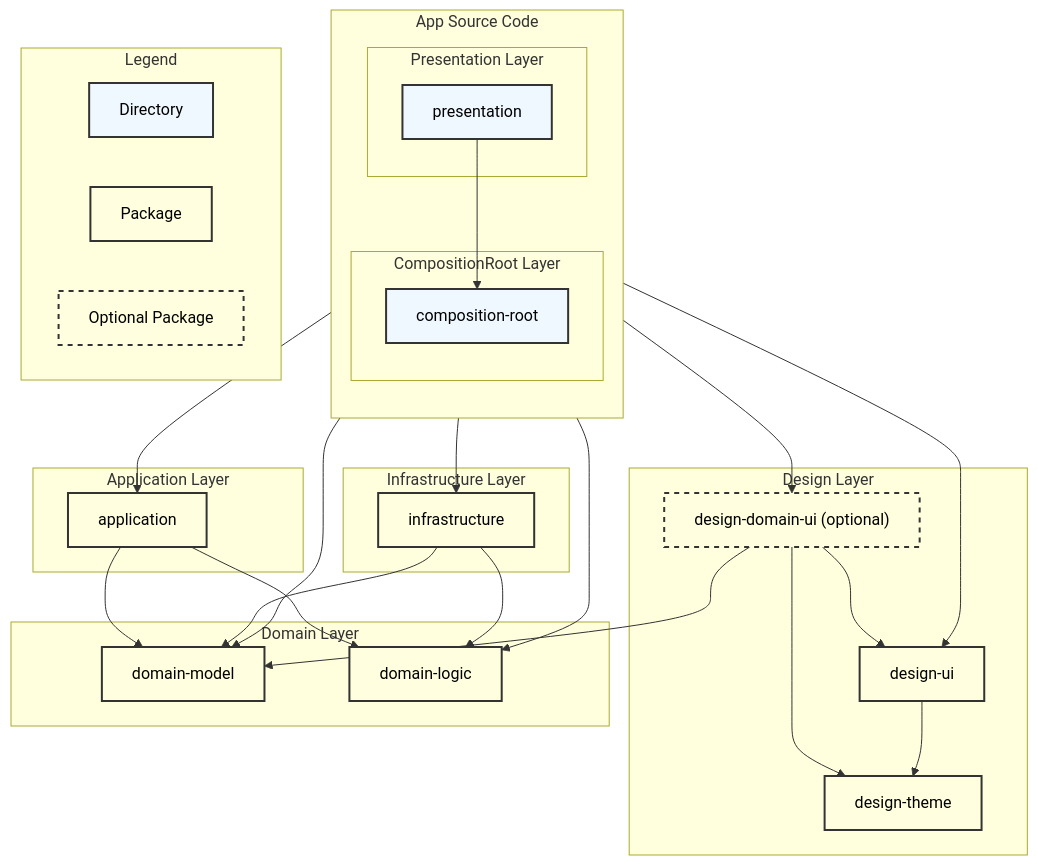
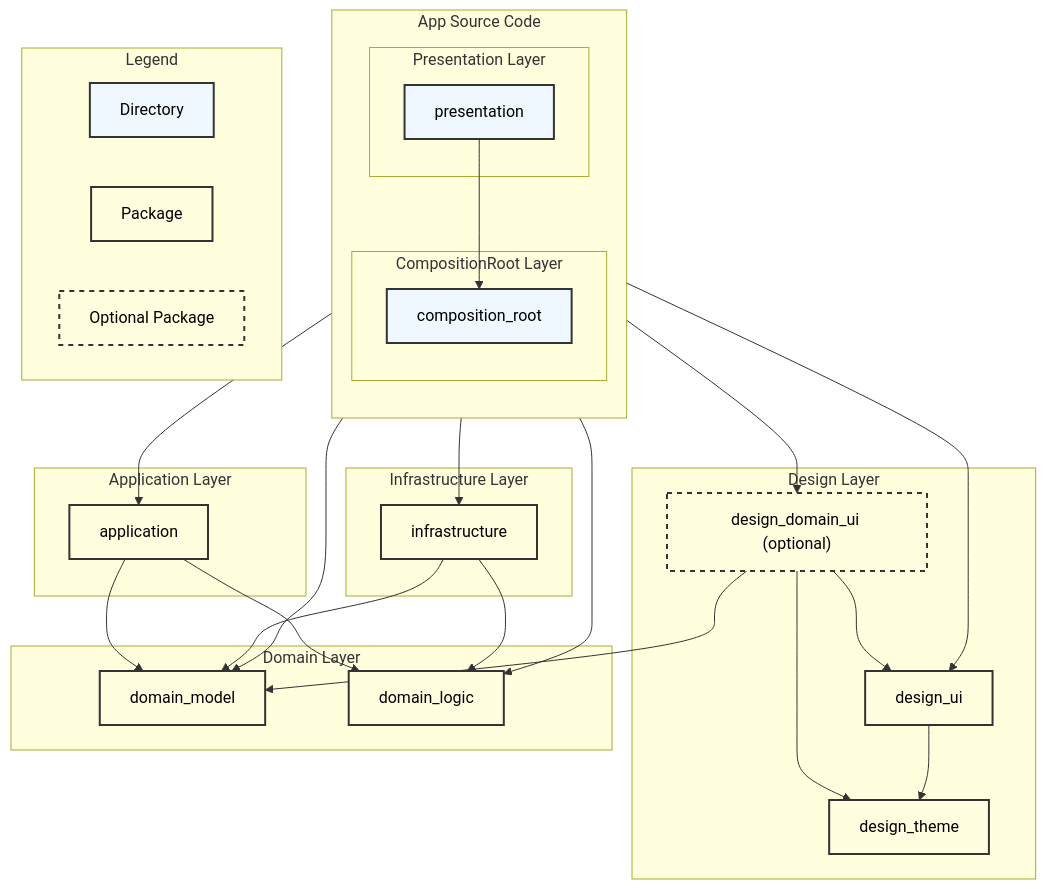
Before and after one commit to yumemi-inc/flutter-mobile-project-template: the diagram in docs/ARCHITECTURE.md, drawn with Mermaid. The commit also changed other lines of this file, not shown here.

Commit message:
fix: ディレクトリ名・パッケージ名のハイフンをアンダースコアに修正

```diff
--- a/docs/ARCHITECTURE.md
+++ b/docs/ARCHITECTURE.md
@@ -42,20 +42,20 @@
       class presentation directory
     end
     subgraph "CompositionRoot Layer"
-      composition_root[composition-root]
+      composition_root[composition_root]
       class composition_root directory
     end
   end
 
   %% Design Layer
   subgraph "Design Layer"
-    design_domain_ui["design-domain-ui (optional)"]
+    design_domain_ui["design_domain_ui (optional)"]
     class design_domain_ui optional
 
-    design_ui[design-ui]
+    design_ui[design_ui]
     class design_ui package
 
-    design_theme[design-theme]
+    design_theme[design_theme]
     class design_theme package
   end
 
@@ -73,10 +73,10 @@
 
   %% Domain Layer
   subgraph "Domain Layer"
-    domain_model[domain-model]
+    domain_model[domain_model]
     class domain_model package
 
-    domain_logic[domain-logic]
+    domain_logic[domain_logic]
     class domain_logic package
   end
 
```
